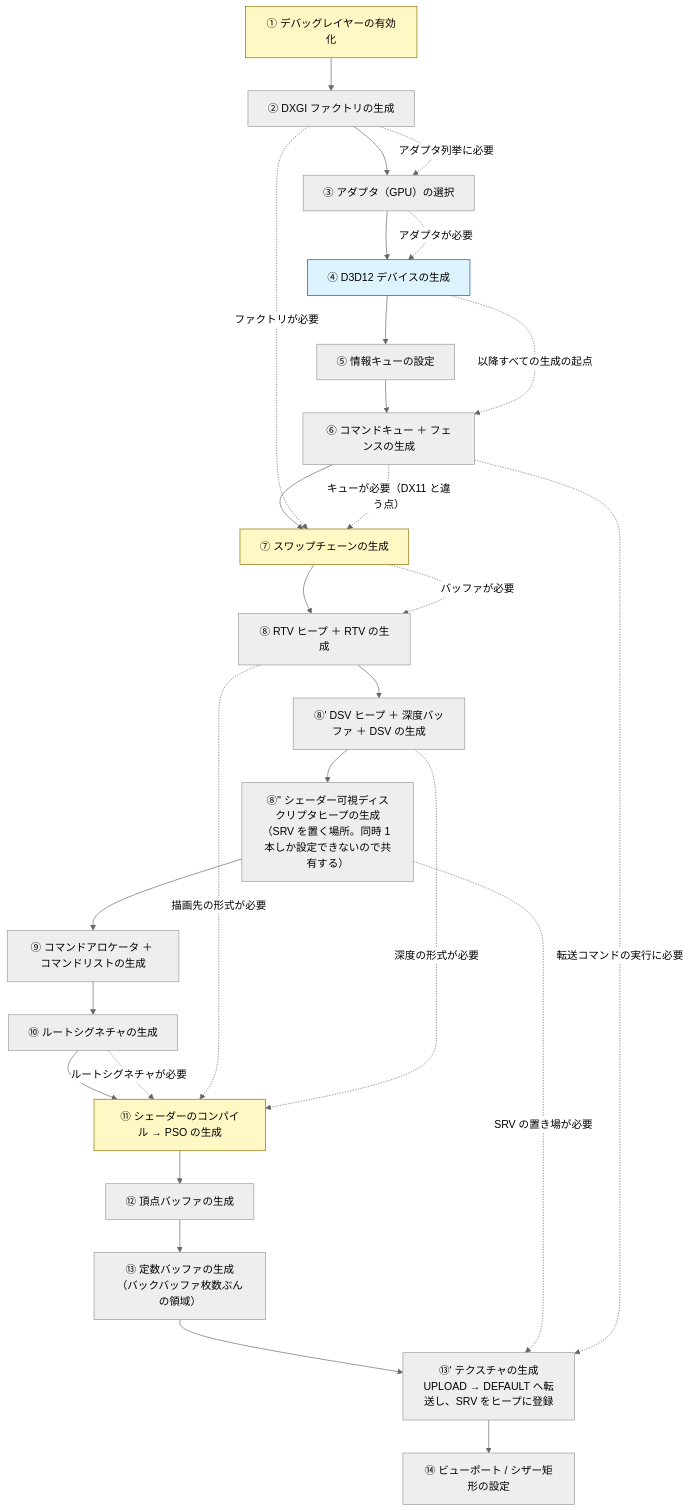
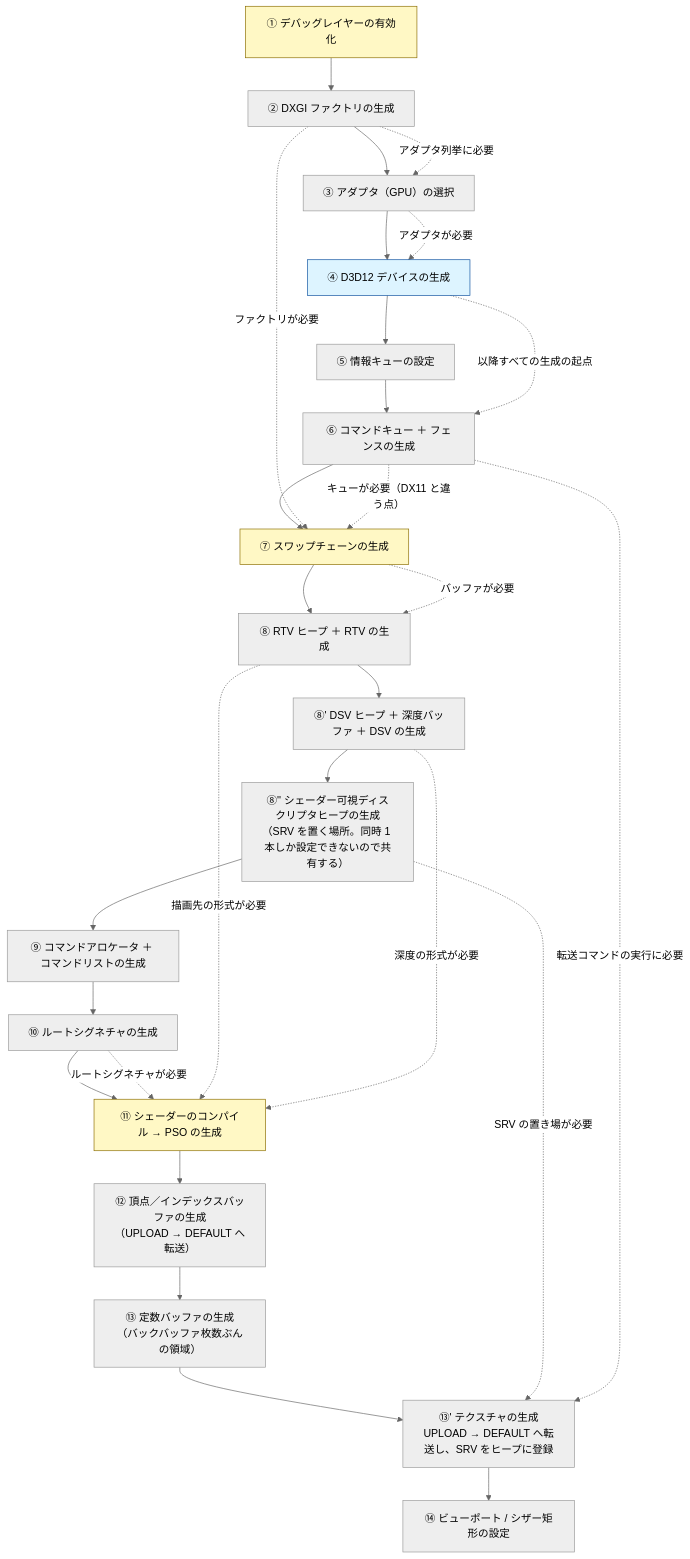
Before and after one commit to Tomonorarari-Think/DirectX12Dev: the second of 4 diagrams in docs/design/描画フロー.md, drawn with Mermaid (neutral theme). The commit also changed other lines of this file and 16 other files, not shown here.

````diff
--- a/docs/design/描画フロー.md
+++ b/docs/design/描画フロー.md
@@ -32,39 +32,39 @@
 ```mermaid
 flowchart TD
     S1["① デバッグレイヤーの有効化"]
     S2["② DXGI ファクトリの生成"]
     S3["③ アダプタ（GPU）の選択"]
     S4["④ D3D12 デバイスの生成"]
     S5["⑤ 情報キューの設定"]
     S6["⑥ コマンドキュー ＋ フェンスの生成"]
     S7["⑦ スワップチェーンの生成"]
     S8["⑧ RTV ヒープ ＋ RTV の生成"]
     S8b["⑧' DSV ヒープ ＋ 深度バッファ ＋ DSV の生成"]
     SH["⑧'' シェーダー可視ディスクリプタヒープの生成<br/>（SRV を置く場所。同時 1 本しか設定できないので共有する）"]
     S9["⑨ コマンドアロケータ ＋ コマンドリストの生成"]
     S10["⑩ ルートシグネチャの生成"]
     S11["⑪ シェーダーのコンパイル → PSO の生成"]
-    S12["⑫ 頂点バッファの生成"]
+    S12["⑫ 頂点／インデックスバッファの生成<br/>（UPLOAD → DEFAULT へ転送）"]
     S13["⑬ 定数バッファの生成<br/>（バックバッファ枚数ぶんの領域）"]
     S13b["⑬' テクスチャの生成<br/>UPLOAD → DEFAULT へ転送し、SRV をヒープに登録"]
     S14["⑭ ビューポート / シザー矩形の設定"]
 
     S1 --> S2 --> S3 --> S4 --> S5 --> S6 --> S7 --> S8 --> S8b --> SH --> S9 --> S10 --> S11 --> S12 --> S13 --> S13b --> S14
 
     S2 -. アダプタ列挙に必要 .-> S3
     S3 -. アダプタが必要 .-> S4
     S4 -. 以降すべての生成の起点 .-> S6
     S2 -. ファクトリが必要 .-> S7
     S6 -. キューが必要（DX11 と違う点） .-> S7
     S7 -. バッファが必要 .-> S8
     S10 -. ルートシグネチャが必要 .-> S11
     S8 -. 描画先の形式が必要 .-> S11
     S8b -. 深度の形式が必要 .-> S11
     SH -. SRV の置き場が必要 .-> S13b
     S6 -. 転送コマンドの実行に必要 .-> S13b
 
     style S1 fill:#fff8c5,stroke:#8a6d00
     style S4 fill:#ddf4ff,stroke:#0a4f9e
     style S7 fill:#fff8c5,stroke:#8a6d00
     style S11 fill:#fff8c5,stroke:#8a6d00
 ```
````
